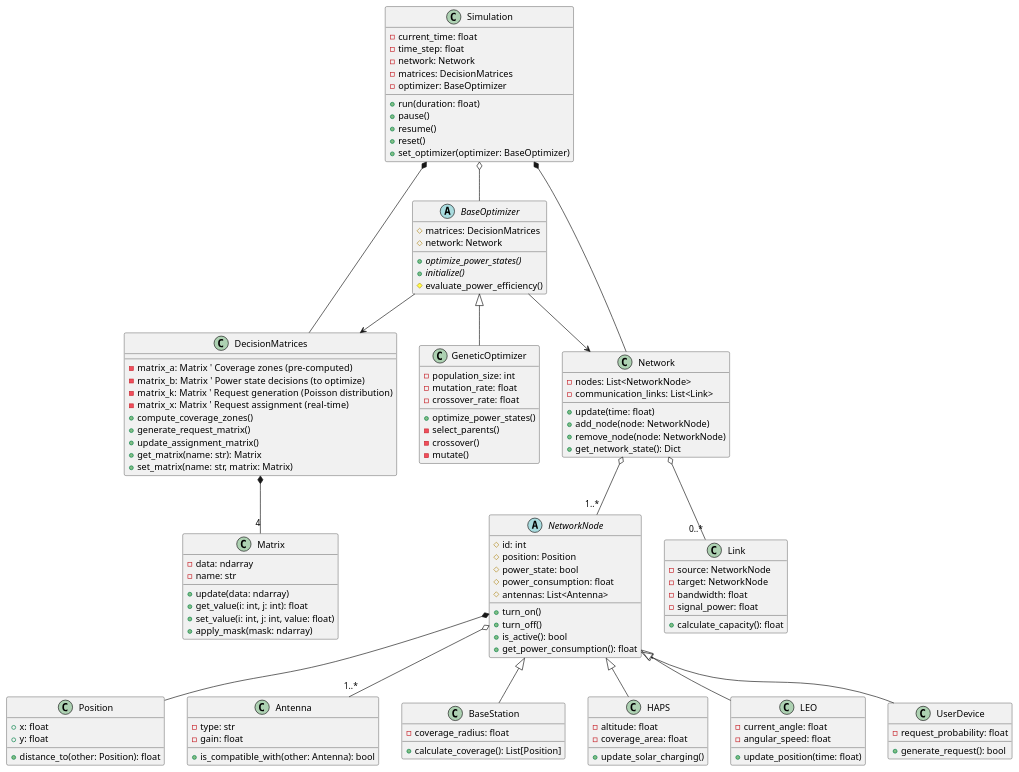
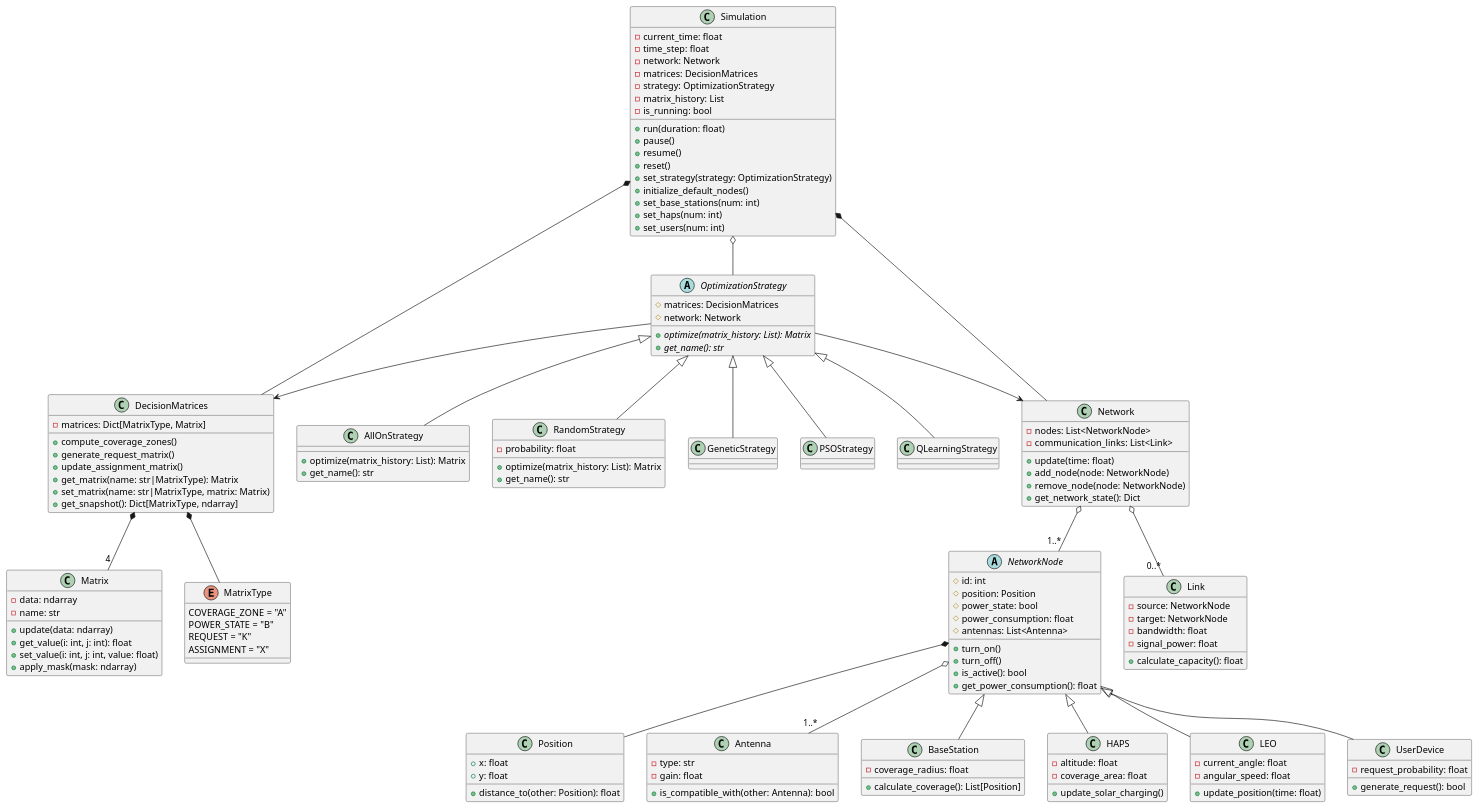
Before and after one commit to SimonR99/OptimisationNTN: the diagram in doc/class_diagram.puml, drawn with PlantUML. The commit also changed 7 other files, not shown here.

```diff
--- a/doc/class_diagram.puml
+++ b/doc/class_diagram.puml
@@ -1,138 +1,160 @@
 @startuml
 
 ' Core Components
 class Simulation {
   - current_time: float
   - time_step: float
   - network: Network
   - matrices: DecisionMatrices
-  - optimizer: BaseOptimizer
+  - strategy: OptimizationStrategy
+  - matrix_history: List
+  - is_running: bool
   + run(duration: float)
   + pause()
   + resume()
   + reset()
-  + set_optimizer(optimizer: BaseOptimizer)
+  + set_strategy(strategy: OptimizationStrategy)
+  + initialize_default_nodes()
+  + set_base_stations(num: int)
+  + set_haps(num: int)
+  + set_users(num: int)
 }
 
 class DecisionMatrices {
-  - matrix_a: Matrix  ' Coverage zones (pre-computed)
-  - matrix_b: Matrix  ' Power state decisions (to optimize)
-  - matrix_k: Matrix  ' Request generation (Poisson distribution)
-  - matrix_x: Matrix  ' Request assignment (real-time)
+  - matrices: Dict[MatrixType, Matrix]
   + compute_coverage_zones()
   + generate_request_matrix()
   + update_assignment_matrix()
-  + get_matrix(name: str): Matrix
-  + set_matrix(name: str, matrix: Matrix)
+  + get_matrix(name: str|MatrixType): Matrix
+  + set_matrix(name: str|MatrixType, matrix: Matrix)
+  + get_snapshot(): Dict[MatrixType, ndarray]
 }
 
-abstract class BaseOptimizer {
+abstract class OptimizationStrategy {
   # matrices: DecisionMatrices
   # network: Network
-  + {abstract} optimize_power_states()
-  + {abstract} initialize()
-  # evaluate_power_efficiency()
+  + {abstract} optimize(matrix_history: List): Matrix
+  + {abstract} get_name(): str
 }
 
-class GeneticOptimizer extends BaseOptimizer {
-  - population_size: int
-  - mutation_rate: float
-  - crossover_rate: float
-  + optimize_power_states()
-  - select_parents()
-  - crossover()
-  - mutate()
+class AllOnStrategy extends OptimizationStrategy {
+  + optimize(matrix_history: List): Matrix
+  + get_name(): str
+}
+
+class RandomStrategy extends OptimizationStrategy {
+  - probability: float
+  + optimize(matrix_history: List): Matrix
+  + get_name(): str
+}
+
+' Future strategies
+class GeneticStrategy extends OptimizationStrategy {
+}
+
+class PSOStrategy extends OptimizationStrategy {
+}
+
+class QLearningStrategy extends OptimizationStrategy {
 }
 
 class Matrix {
   - data: ndarray
   - name: str
   + update(data: ndarray)
   + get_value(i: int, j: int): float
   + set_value(i: int, j: int, value: float)
   + apply_mask(mask: ndarray)
 }
 
 class Network {
   - nodes: List<NetworkNode>
   - communication_links: List<Link>
   + update(time: float)
   + add_node(node: NetworkNode)
   + remove_node(node: NetworkNode)
   + get_network_state(): Dict
 }
 
 ' Network Components
 abstract class NetworkNode {
   # id: int
   # position: Position
   # power_state: bool
   # power_consumption: float
   # antennas: List<Antenna>
   + turn_on()
   + turn_off()
   + is_active(): bool
   + get_power_consumption(): float
 }
 
 class Position {
   + x: float
   + y: float
   + distance_to(other: Position): float
 }
 
 class Antenna {
   - type: str
   - gain: float
   + is_compatible_with(other: Antenna): bool
 }
 
 ' Network Nodes
 class BaseStation extends NetworkNode {
   - coverage_radius: float
   + calculate_coverage(): List[Position]
 }
 
 class HAPS extends NetworkNode {
   - altitude: float
   - coverage_area: float
   + update_solar_charging()
 }
 
 class LEO extends NetworkNode {
   - current_angle: float
   - angular_speed: float
   + update_position(time: float)
 }
 
 class UserDevice extends NetworkNode {
   - request_probability: float
   + generate_request(): bool
 }
 
 ' Communication
 class Link {
   - source: NetworkNode
   - target: NetworkNode
   - bandwidth: float
   - signal_power: float
   + calculate_capacity(): float
 }
 
+enum MatrixType {
+  COVERAGE_ZONE = "A"
+  POWER_STATE = "B"
+  REQUEST = "K"
+  ASSIGNMENT = "X"
+}
+
 ' Relationships
 Simulation *-- Network
 Simulation *-- DecisionMatrices
-Simulation o-- BaseOptimizer
+Simulation o-- OptimizationStrategy
 
 DecisionMatrices *-- "4" Matrix
+DecisionMatrices *-- MatrixType
 
-BaseOptimizer --> DecisionMatrices
-BaseOptimizer --> Network
+OptimizationStrategy --> DecisionMatrices
+OptimizationStrategy --> Network
 
 Network o-- "1..*" NetworkNode
 Network o-- "0..*" Link
 
 NetworkNode *-- Position
 NetworkNode o-- "1..*" Antenna
 
 @enduml
```
